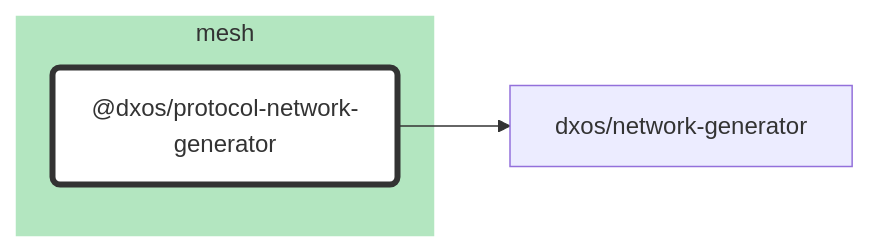
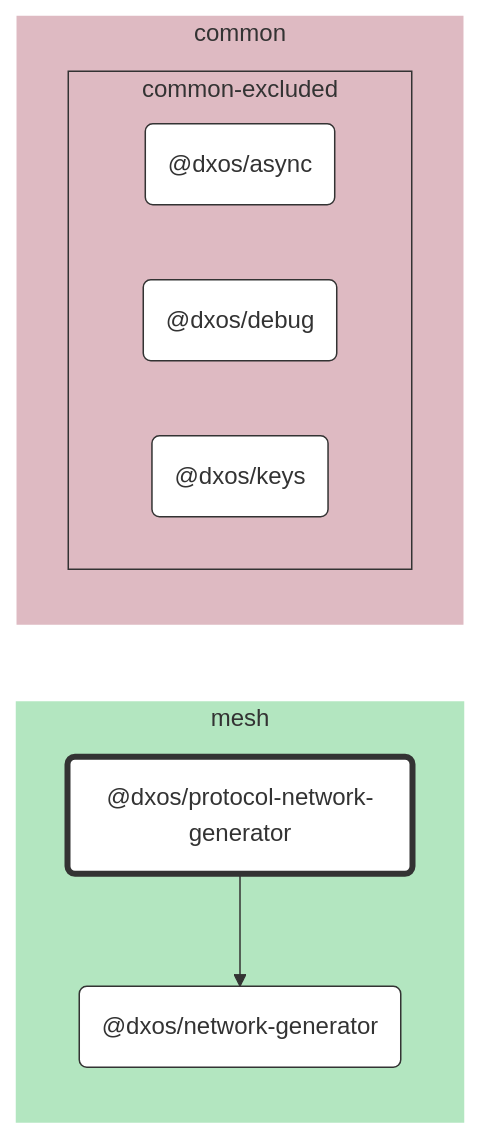
The diagram in packages/mesh/protocol-network-generator/docs/README.md (dxos/dxos), drawn with Mermaid before and after one commit. The commit also changed 69 other files, not shown here.

````diff
--- a/packages/mesh/protocol-network-generator/docs/README.md
+++ b/packages/mesh/protocol-network-generator/docs/README.md
@@ -7,21 +7,37 @@
 ```mermaid
 %%{ init: {'flowchart':{'curve':'basis'}} }%%
 
 flowchart LR
 
 %% Classes
 classDef def fill:#fff,stroke:#333,stroke-width:1px
 classDef root fill:#fff,stroke:#333,stroke-width:4px
 
 %% Nodes
 
 subgraph mesh [mesh]
   style mesh fill:#b3e6c0,stroke:#fff
   dxos/protocol-network-generator("@dxos/protocol-network-generator"):::root
   click dxos/protocol-network-generator "dxos/dxos/tree/main/packages/mesh/protocol-network-generator/docs"
+  dxos/network-generator("@dxos/network-generator"):::def
+  click dxos/network-generator "dxos/dxos/tree/main/packages/mesh/network-generator/docs"
+end
+
+subgraph common [common]
+  style common fill:#debac2,stroke:#fff
+
+  subgraph common-excluded [common-excluded]
+    style common-excluded fill:#debac2,stroke:#333,stroke-dashed:5 5
+    dxos/async("@dxos/async"):::def
+    click dxos/async "dxos/dxos/tree/main/packages/common/async/docs"
+    dxos/debug("@dxos/debug"):::def
+    click dxos/debug "dxos/dxos/tree/main/packages/common/debug/docs"
+    dxos/keys("@dxos/keys"):::def
+    click dxos/keys "dxos/dxos/tree/main/packages/common/keys/docs"
+  end
 end
 
 %% Links
 linkStyle default stroke:#333,stroke-width:1px
 dxos/protocol-network-generator --> dxos/network-generator
 ```
````
